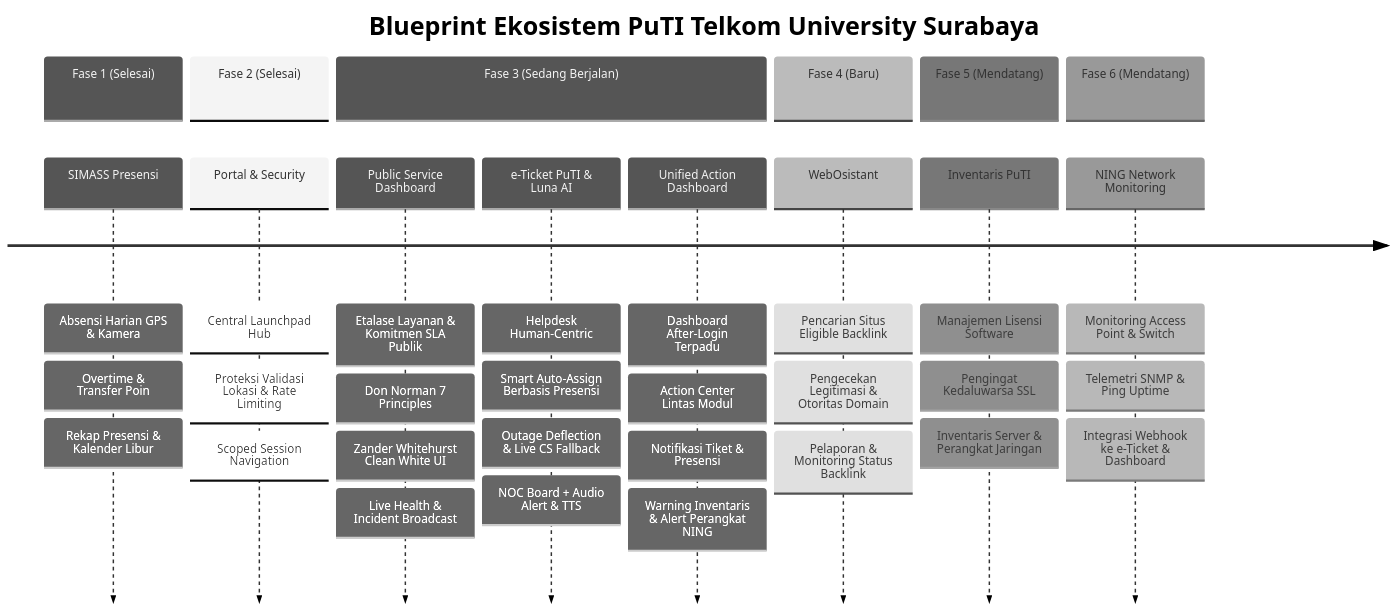
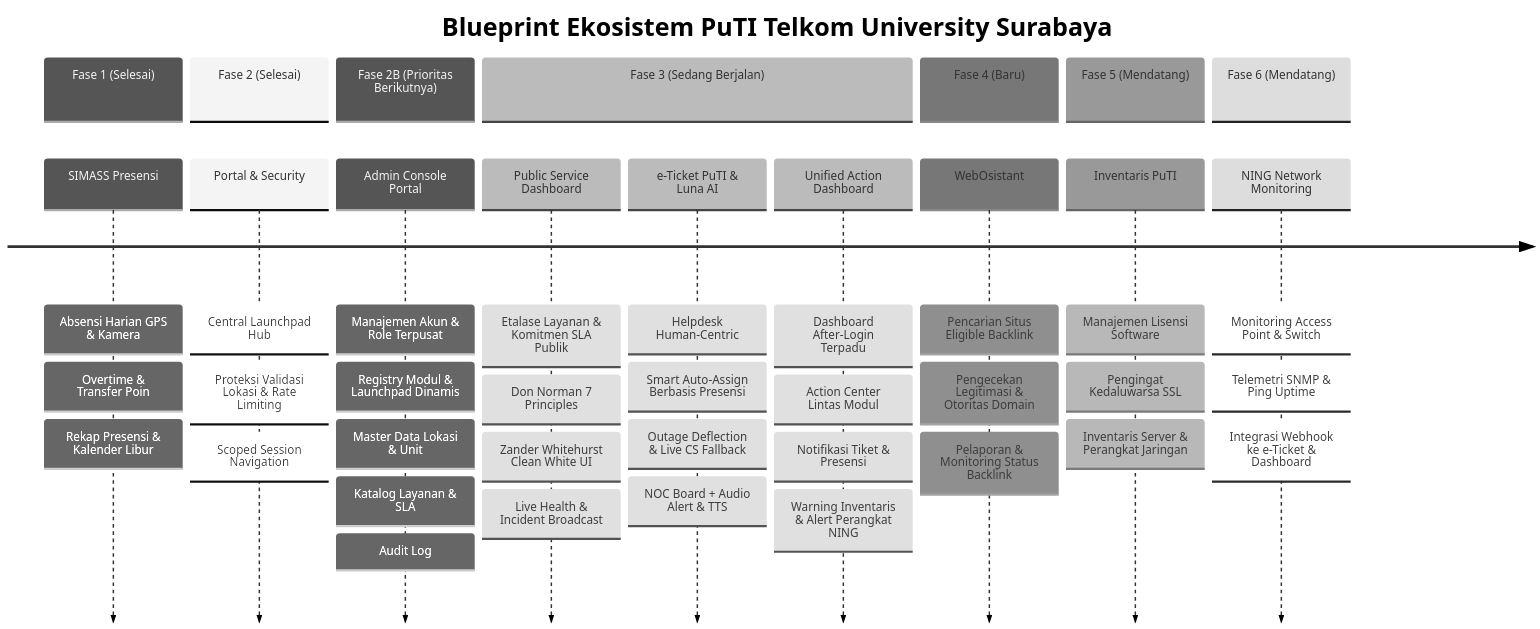
One commit to alirfanyasin/SIMASS-PuTI changed the diagram in BLUEPRINT.md. Above: the diagram before and after it, drawn with Mermaid (neutral theme). The commit also changed other lines of this file and 58 other files, not shown here.

Commit message:
Add: Admin console for portal

````diff
--- a/BLUEPRINT.md
+++ b/BLUEPRINT.md
@@ -45,18 +45,20 @@
 ```mermaid
 timeline
     title Blueprint Ekosistem PuTI Telkom University Surabaya
     section Fase 1 (Selesai)
         SIMASS Presensi : Absensi Harian GPS & Kamera : Overtime & Transfer Poin : Rekap Presensi & Kalender Libur
     section Fase 2 (Selesai)
         Portal & Security : Central Launchpad Hub : Proteksi Validasi Lokasi & Rate Limiting : Scoped Session Navigation
+    section Fase 2B (Prioritas Berikutnya)
+        Admin Console Portal : Manajemen Akun & Role Terpusat : Registry Modul & Launchpad Dinamis : Master Data Lokasi & Unit : Katalog Layanan & SLA : Audit Log
     section Fase 3 (Sedang Berjalan)
         Public Service Dashboard : Etalase Layanan & Komitmen SLA Publik : Don Norman 7 Principles : Zander Whitehurst Clean White UI : Live Health & Incident Broadcast
         e-Ticket PuTI & Luna AI : Helpdesk Human-Centric : Smart Auto-Assign Berbasis Presensi : Outage Deflection & Live CS Fallback : NOC Board + Audio Alert & TTS
         Unified Action Dashboard : Dashboard After-Login Terpadu : Action Center Lintas Modul : Notifikasi Tiket & Presensi : Warning Inventaris & Alert Perangkat NING
     section Fase 4 (Baru)
         WebOsistant : Pencarian Situs Eligible Backlink : Pengecekan Legitimasi & Otoritas Domain : Pelaporan & Monitoring Status Backlink
     section Fase 5 (Mendatang)
         Inventaris PuTI : Manajemen Lisensi Software : Pengingat Kedaluwarsa SSL : Inventaris Server & Perangkat Jaringan
     section Fase 6 (Mendatang)
         NING Network Monitoring : Monitoring Access Point & Switch : Telemetri SNMP & Ping Uptime : Integrasi Webhook ke e-Ticket & Dashboard
 ```
````
